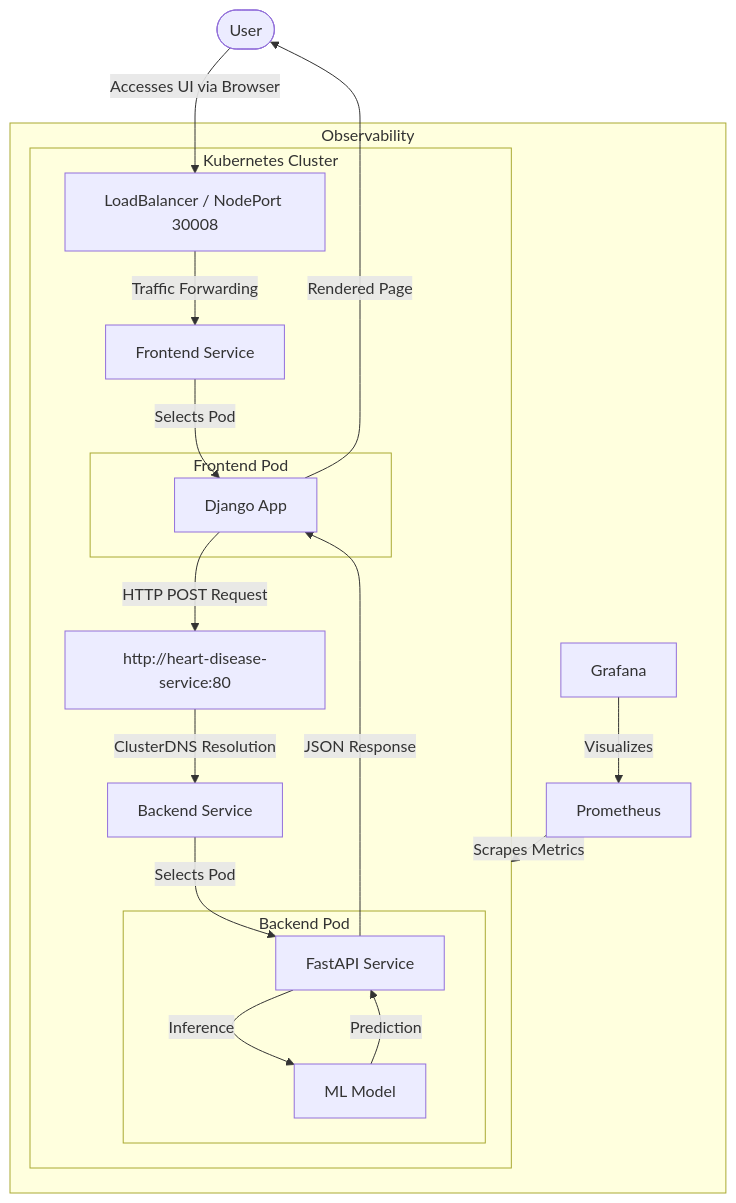
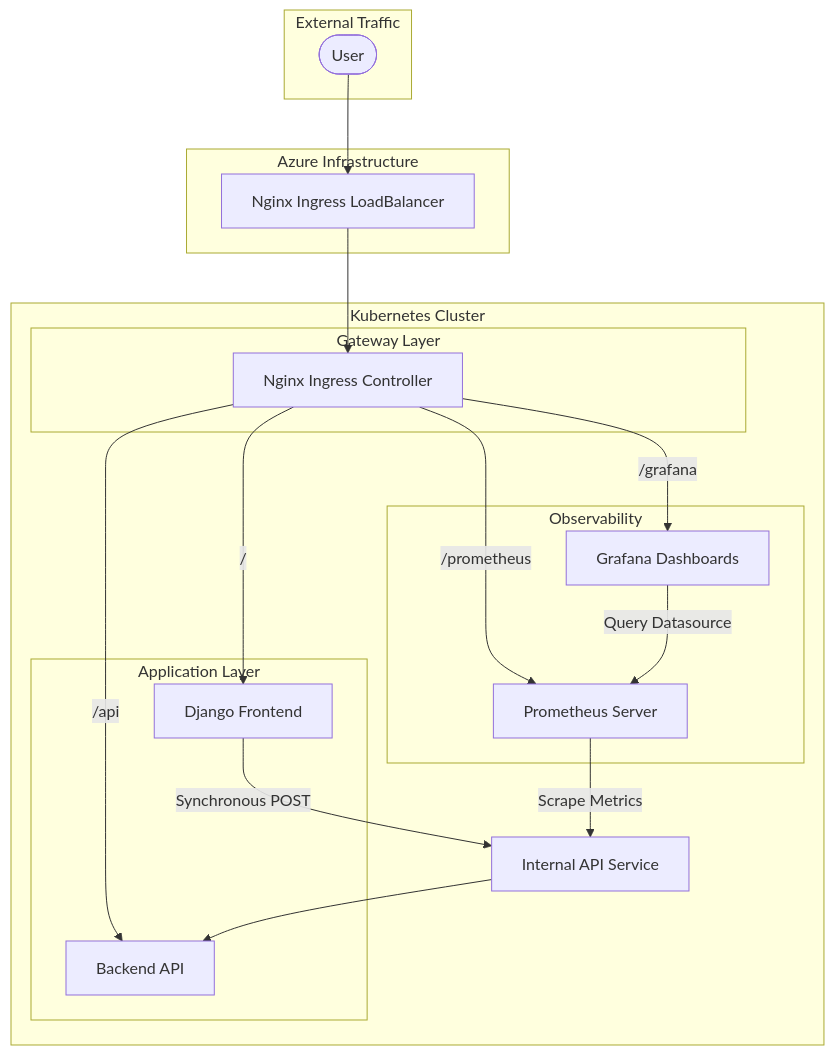
The diagram in wiki_content/Architecture.md (2024ab05112/heart-disease-app), drawn with Mermaid before and after one commit. The commit also changed other lines of this file and 6 other files, not shown here.

Commit message:
Documentation: Comprehensive update of Wiki and Reports for Ingress-based architecture

````diff
--- a/wiki_content/Architecture.md
+++ b/wiki_content/Architecture.md
@@ -9,34 +9,42 @@
 ```mermaid
 graph TD
-    User([User]) -->|Accesses UI via Browser| ExtLB[LoadBalancer / NodePort 30008]
-    
-    subgraph K8s_Cluster [Kubernetes Cluster]
+    subgraph External_Traffic [External Traffic]
+        User([User])
+    end
+
+    subgraph Azure_Network [Azure Infrastructure]
+        LB[Nginx Ingress LoadBalancer]
+    end
+
+    subgraph AKS_Cluster [Kubernetes Cluster]
         
-        subgraph Frontend_Pod [Frontend Pod]
-            Django[Django App]
+        subgraph Gateway [Gateway Layer]
+            Ingress[Nginx Ingress Controller]
+        end
+
+        subgraph Applications [Application Layer]
+            Django[Django Frontend]
+            FastAPI[Backend API]
         end
         
-        subgraph Backend_Pod [Backend Pod]
-            FastAPI[FastAPI Service]
-            MLModel[ML Model]
+        subgraph Monitoring [Observability]
+            Prometheus[Prometheus Server]
+            Grafana[Grafana Dashboards]
         end
-        
-        ExtLB -->|Traffic Forwarding| Frontend_Svc[Frontend Service]
-        Frontend_Svc -->|Selects Pod| Django
-        
-        Django -->|HTTP POST Request| Backend_DNS[http://heart-disease-service:80]
-        Backend_DNS -->|ClusterDNS Resolution| Backend_Svc[Backend Service]
-        Backend_Svc -->|Selects Pod| FastAPI
-        
-        FastAPI -->|Inference| MLModel
-        MLModel -->|Prediction| FastAPI
-        FastAPI -->|JSON Response| Django
+
+        %% Routing
+        Ingress -->|/| Django
+        Ingress -->|/api| FastAPI
+        Ingress -->|/prometheus| Prometheus
+        Ingress -->|/grafana| Grafana
+
+        %% Logic
+        Django -->|Synchronous POST| Backend_Svc[Internal API Service]
+        Backend_Svc --> FastAPI
+        Prometheus -->|Scrape Metrics| Backend_Svc
+        Grafana -->|Query Datasource| Prometheus
     end
-    
-    Django -->|Rendered Page| User
-    
-    subgraph Monitoring [Observability]
-        Prometheus -->|Scrapes Metrics| K8s_Cluster
-        Grafana -->|Visualizes| Prometheus
-    end
+
+    User --> LB
+    LB --> Ingress
 ```
````
